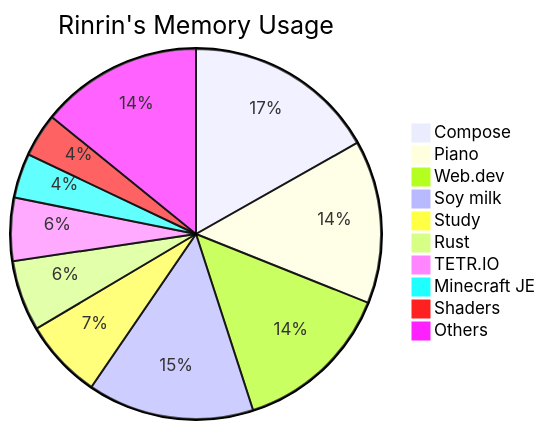
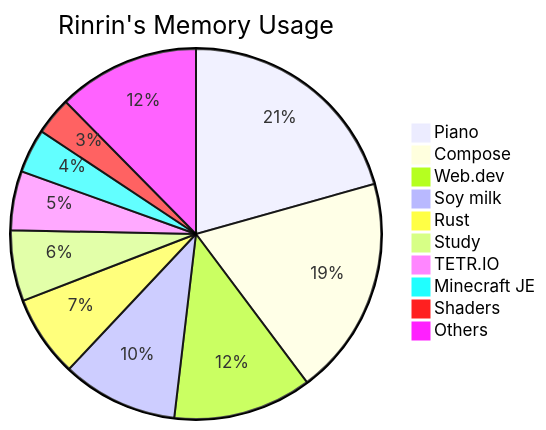
The diagram in README.md (Rinrin0413/Rinrin0413), drawn with Mermaid before and after one commit.

Commit message:
🛠 Update: Rinrin's Memory Usage

````diff
--- a/README.md
+++ b/README.md
@@ -76,13 +76,13 @@
 ```mermaid
 pie title Rinrin's Memory Usage
-    "Compose": 177
-    "Piano": 150
-    "Web.dev": 147
-    "Soy milk": 153
-    "Study": 73
-    "Rust": 65
-    "TETR.IO": 58
+    "Piano": 220
+    "Compose": 204
+    "Web.dev": 129
+    "Soy milk": 108
+    "Rust": 76
+    "Study": 66
+    "TETR.IO": 55
     "Minecraft JE": 41
-    "Shaders": 40
-    "Others": 149
+    "Shaders": 35
+    "Others": 132
 ```
````
